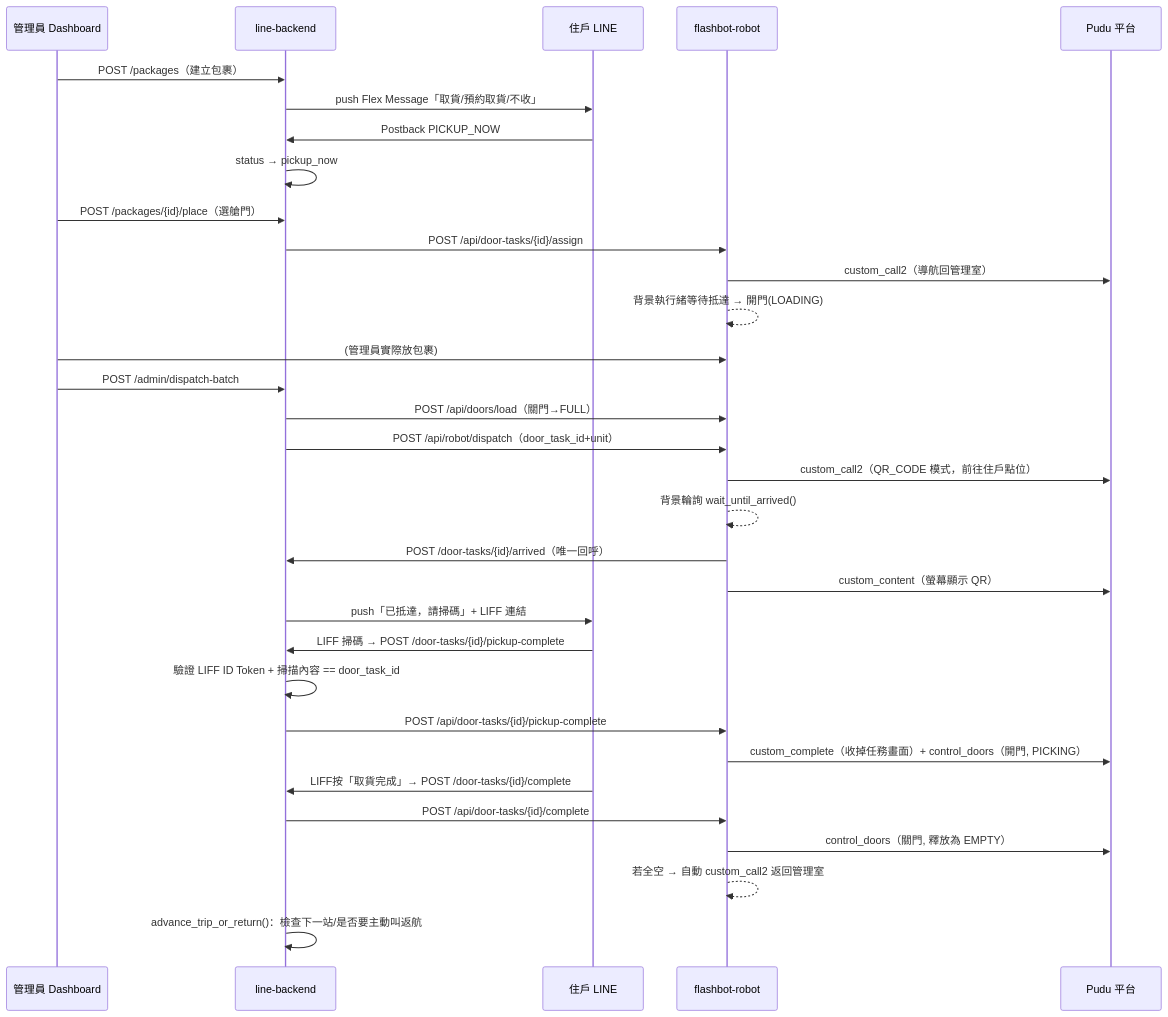
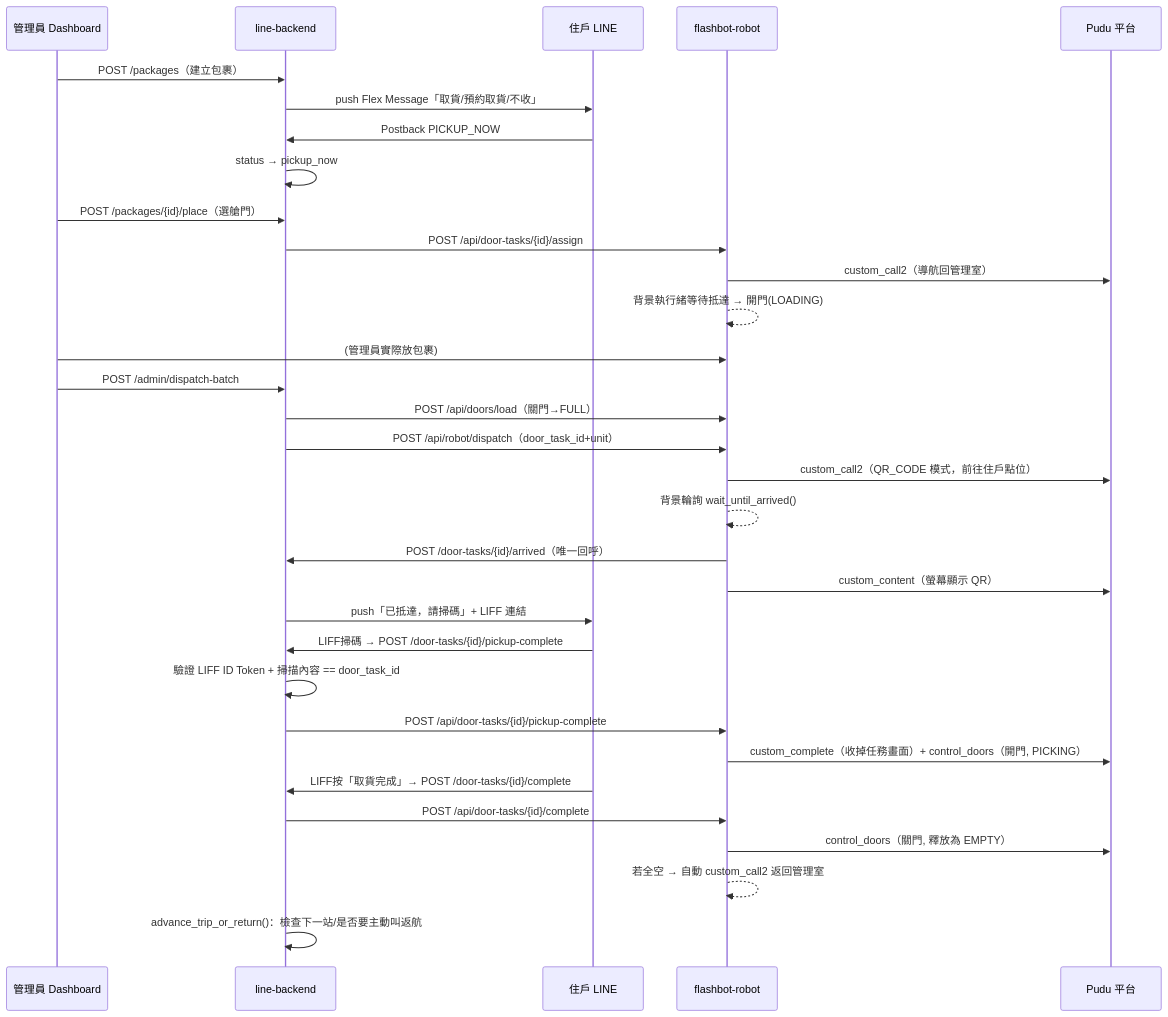
Before and after one commit to stephanieyenyu/AMR-System: the second of 3 diagrams in Aurobox-開發文件.md, drawn with Mermaid. The commit also changed other lines of this file, not shown here.

````diff
--- a/Aurobox-開發文件.md
+++ b/Aurobox-開發文件.md
@@ -90,35 +81,35 @@
 ```mermaid
 sequenceDiagram
     participant Admin as 管理員 Dashboard
     participant LB as line-backend
     participant LineApp as 住戶 LINE
     participant RB as flashbot-robot
     participant Pudu as Pudu 平台
 
     Admin->>LB: POST /packages（建立包裹）
     LB->>LineApp: push Flex Message「取貨/預約取貨/不收」
     LineApp->>LB: Postback PICKUP_NOW
     LB->>LB: status → pickup_now
     Admin->>LB: POST /packages/{id}/place（選艙門）
     LB->>RB: POST /api/door-tasks/{id}/assign
     RB->>Pudu: custom_call2（導航回管理室）
     RB-->>RB: 背景執行緒等待抵達 → 開門(LOADING)
     Admin->>RB: (管理員實際放包裹)
     Admin->>LB: POST /admin/dispatch-batch
     LB->>RB: POST /api/doors/load（關門→FULL）
     LB->>RB: POST /api/robot/dispatch（door_task_id+unit）
     RB->>Pudu: custom_call2（QR_CODE 模式，前往住戶點位）
     RB-->>RB: 背景輪詢 wait_until_arrived()
     RB->>LB: POST /door-tasks/{id}/arrived（唯一回呼）
     RB->>Pudu: custom_content（螢幕顯示 QR）
     LB->>LineApp: push「已抵達，請掃碼」+ LIFF 連結
-    LineApp->>LB: LIFF 掃碼 → POST /door-tasks/{id}/pickup-complete
+    LineApp->>LB: LIFF掃碼 → POST /door-tasks/{id}/pickup-complete
     LB->>LB: 驗證 LIFF ID Token + 掃描內容 == door_task_id
     LB->>RB: POST /api/door-tasks/{id}/pickup-complete
     RB->>Pudu: custom_complete（收掉任務畫面）+ control_doors（開門, PICKING）
     LineApp->>LB: LIFF按「取貨完成」→ POST /door-tasks/{id}/complete
     LB->>RB: POST /api/door-tasks/{id}/complete
     RB->>Pudu: control_doors（關門, 釋放為 EMPTY）
     RB-->>RB: 若全空 → 自動 custom_call2 返回管理室
     LB->>LB: advance_trip_or_return()：檢查下一站/是否要主動叫返航
 ```
````
